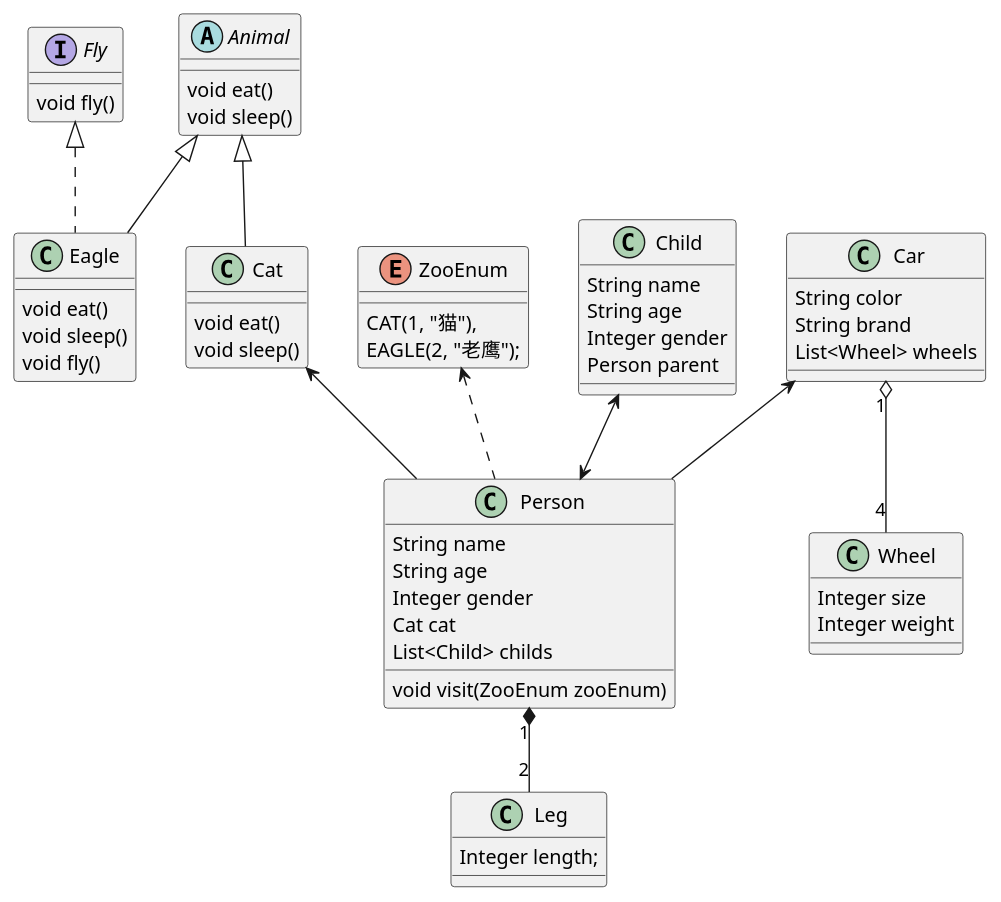
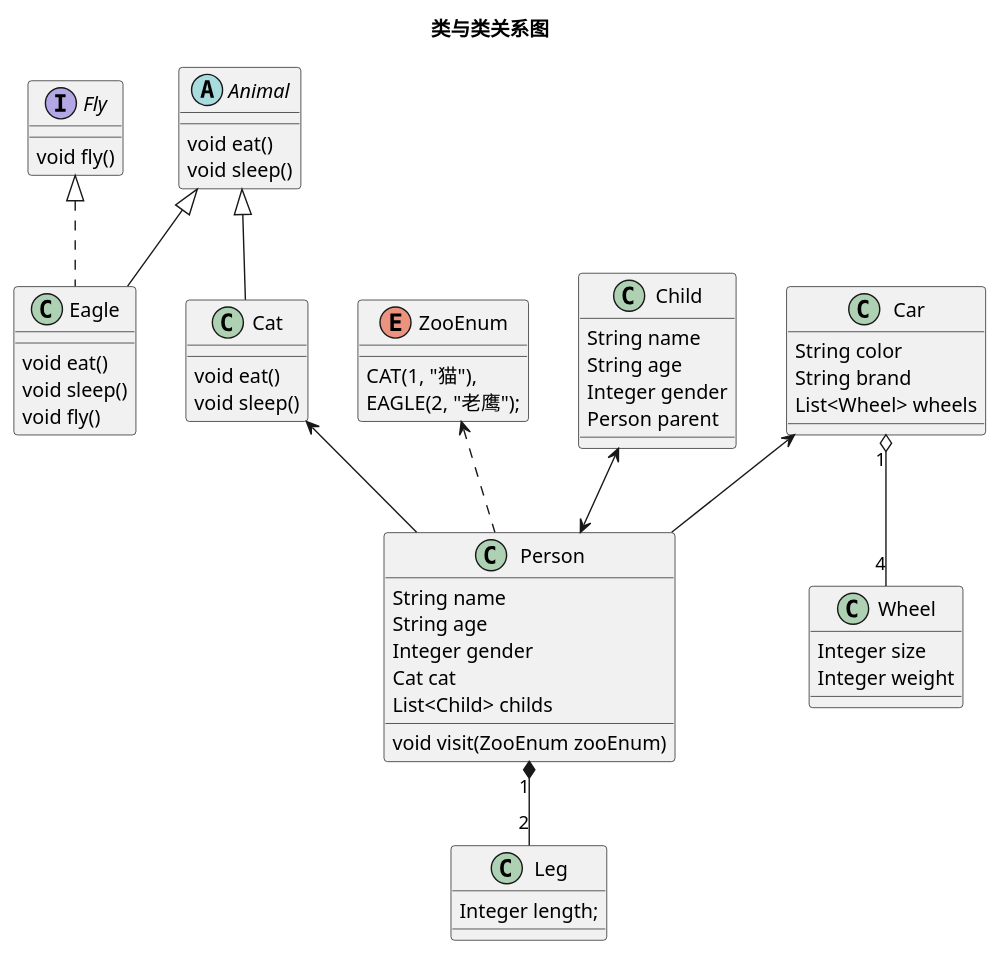
Before and after one commit to dongyuancaizi/UML_learning: the diagram in UML_learning/src/com/ilike/classlearn/ClassLearnig.puml, drawn with PlantUML. The commit also changed 6 other files, not shown here.

Commit message:
增加了时序图和状态图

```diff
--- a/UML_learning/src/com/ilike/classlearn/ClassLearnig.puml
+++ b/UML_learning/src/com/ilike/classlearn/ClassLearnig.puml
@@ -1,156 +1,158 @@
 @startuml
+
+Title 类与类关系图
 /'
   类图
 '/
 interface Fly
 abstract class Animal
 enum ZooEnum
 class Cat
 class Eagle
 class Person
 class Child
 class Car
 class Wheel
 class Leg
 
 /'类与类关系'/
 
 
 
 
 /'Cat extends Animal
 泛化
 泛化指父类跟子类的关系,表示is-a的关系。如父类是抽象类或普通类，则这种关系叫继承。如，父类是接口，则这种关系叫实现。UML中，继承和实现由不同的标记表示。
 继承
 PlantUML用 --|> 表示继承关系。实线和三角形的抽象表示，指向谁，即继承谁
 '/
 Animal <|-- Cat
 /'Eagle  extends Animal'/
 Animal <|-- Eagle
 
 
 
 /'Eagle  implements Fly
   实现
   PlantUML用 ..|> 表示实现关系。虚和三角形的抽象表示，指向谁，即实现谁
 '/
 Fly <|.. Eagle
 
 
 
 /'Person依赖Cat'/
 /'依赖
   类之间，最弱的关联方式。常用于在A类的方法中使用B类的对象作为参数、局部变量或者对B类静态方法的调用。
   PlantUML用 ..> 表示依赖关系。虚线和箭头的抽象表示，指向谁，即依赖谁'/
 ZooEnum <.. Person
 
 
 /'Person关联Cat'/
 /'关联
   关联关系，即对象之间的引用关系。常使用类的属性表达。
   单向关联
   B类作为A类的属性，表示A类与B类有关联。
   PlantUML用 --> 表示单向关联。实线线和箭头的抽象表示，指向谁，即关联谁。'/
 Cat <-- Person
 
 
 
 /'Person与Child双向关联'/
 /'双向关联
   B类作为A类的属性同时，A类也是B类的属性，表示双向关联。
   PlantUML用 -- 表示双向关联。或者用<-->。'/
 Child <--> Person
 
 
 
 /'聚合'/
 /'聚合
   在关联关系的基础上，延伸出聚合关系，强的关联关系，表示has-a关系。整体与部分的关系，部分不依赖于整体，可独立存在。常用于成员变量。
 
   如；汽车和轮胎的关系，轮胎可作为独立的商品出售。
 
   PlantUML用 o-- 表示聚合关系。实线和空心菱形的抽象表示，指向谁，表示谁是整体。'/
 Car "1" o-- "4" Wheel
 /'Person关联Car'/
 Car <-- Person
 
 
 
 /'组合关系'/
 /'在关联关系的基础上，延伸出另外一种关联关系，组合关系，表示contains-a关系。整体与部分的关系，部分依赖于整体，不可独立存在。常用于成员变量。
   如：人和腿的关系。
   PlantUML用 *-- 表示聚合关系。实线和实心菱形的抽象表示，指向谁，表示谁是整体。'/
 Person "1" *-- "2" Leg
 
 
 
 
 
 
 
 
 /'飞的接口'/
 interface Fly{
    void fly()
 }
 /'抽象动物类'/
 abstract class Animal{
    void eat()
    void sleep()
 }
 /'Cat类'/
 class Cat{
     void eat()
     void sleep()
 }
 /'Eagle类'/
 class Eagle{
     void eat()
     void sleep()
     void fly()
 }
 /'Person类'/
 class Person{
   String name
   String age
   Integer gender
   Cat cat
   List<Child> childs
   void visit(ZooEnum zooEnum)
 }
 
 /'Child类'/
 class Child{
   String name
   String age
   Integer gender
   Person parent
 }
 
 /'ZooEnum枚举'/
 enum ZooEnum{
      CAT(1, "猫"),
     EAGLE(2, "老鹰");
 }
 /'Car类'/
 class Car{
   String color
   String brand
   List<Wheel> wheels
 }
 
 /'Wheel类'/
 class Wheel{
   Integer size
   Integer weight
 }
 /'Leg类'/
 class Leg {
    Integer length;
 }
 
 
 
 
 
 @enduml
```
